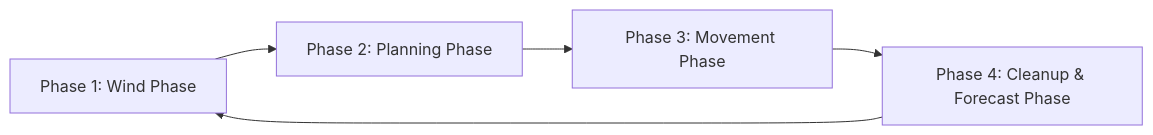
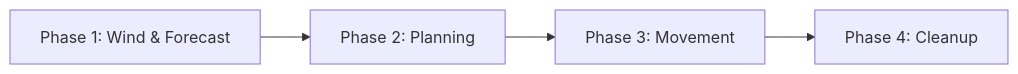
Before and after one commit to magnentius/cardboard-regatta: the diagram in rules.md, drawn with Mermaid. The commit also changed other lines of this file, not shown here.

````diff
--- a/rules.md
+++ b/rules.md
@@ -141,7 +141,7 @@
 ```mermaid
 graph LR
-    A["Phase 1: Wind Phase"] --> B["Phase 2: Planning Phase"]
-    B --> C["Phase 3: Movement Phase"]
-    C --> D["Phase 4: Cleanup & Forecast Phase"]
-    D --> A
+    A["Phase 1: Wind & Forecast"] --> B["Phase 2: Planning"]
+    B --> C["Phase 3: Movement"]
+    C --> D["Phase 4: Cleanup"]
+    D
 ```
````
